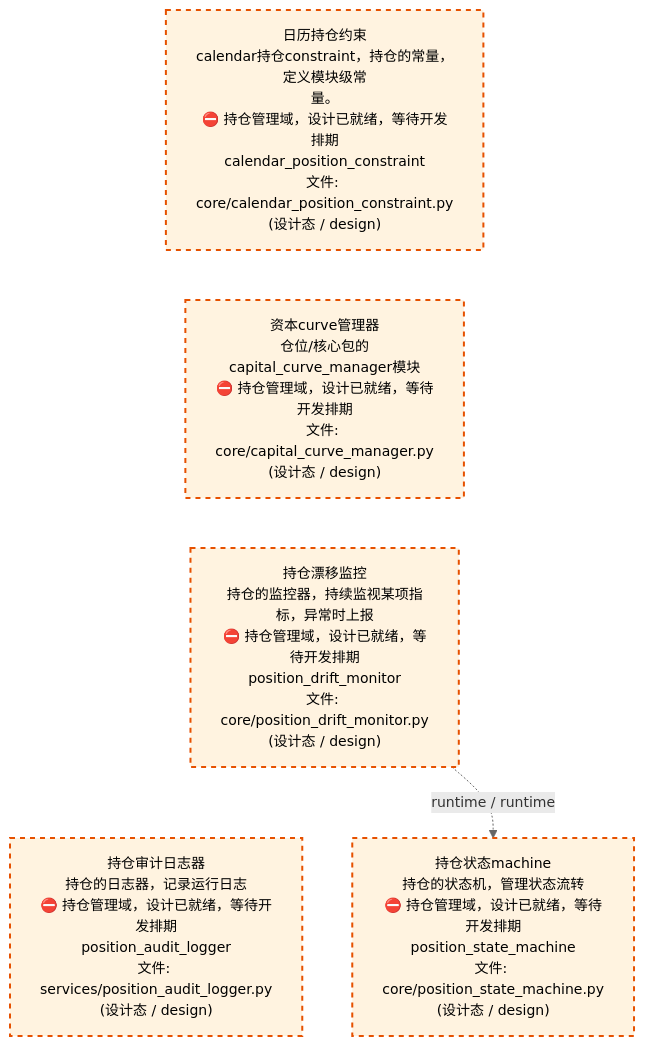
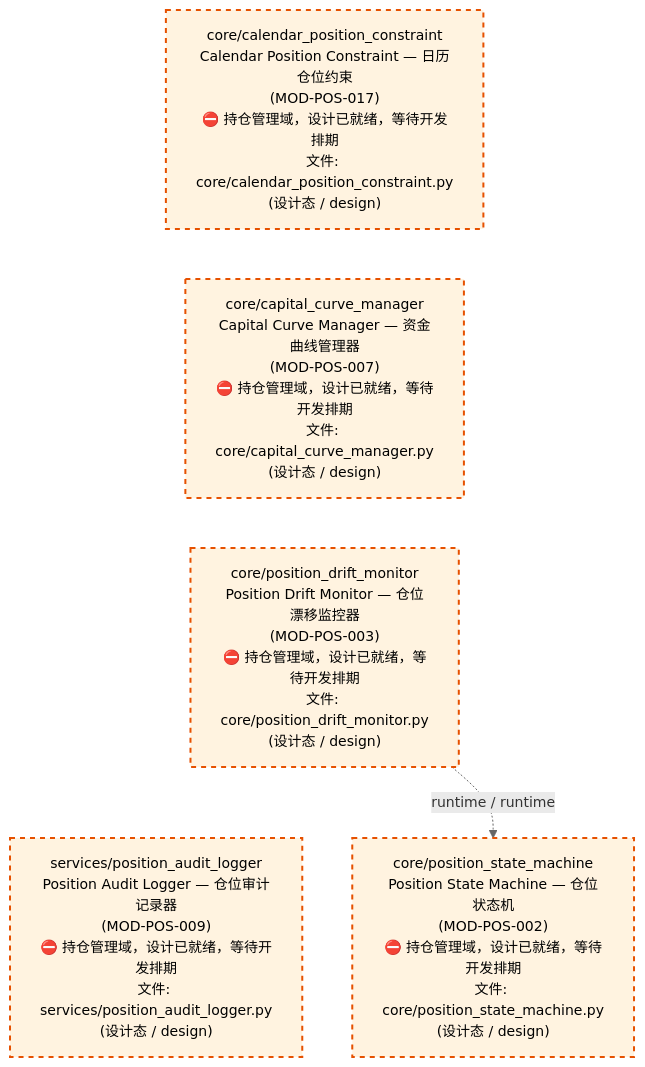
The third of 4 diagrams in docs/02_enterprise_architecture/02_domain_architecture_docs/64_d_position.md (xuanFelixVan/ZephyrAlpha), drawn with Mermaid before and after one commit. The commit also changed other lines of this file and 58 other files, not shown here.

````diff
--- a/docs/02_enterprise_architecture/02_domain_architecture_docs/64_d_position.md
+++ b/docs/02_enterprise_architecture/02_domain_architecture_docs/64_d_position.md
@@ -147,18 +147,18 @@
 ```mermaid
 %%{init: {'theme': 'base', 'themeVariables': {'primaryColor': '#eaeaea', 'primaryTextColor': '#333333', 'primaryBorderColor': '#666666', 'lineColor': '#666666', 'secondaryColor': '#eaeaea', 'tertiaryColor': '#eaeaea', 'fontSize': '14px'}}}%%
 flowchart TD
-    src_zephyr_position_core_calendar_position_constraint_py["日历持仓约束<br/>calendar持仓constraint，持仓的常量，定义模块级常<br/>量。<br/>⛔ 持仓管理域，设计已就绪，等待开发排期<br/>calendar_position_constraint<br/>文件: core/calendar_position_constraint.py<br/>(设计态 / design)"]
-    src_zephyr_position_core_capital_curve_manager_py["资本curve管理器<br/>仓位/核心包的capital_curve_manager模块<br/>⛔ 持仓管理域，设计已就绪，等待开发排期<br/>文件: core/capital_curve_manager.py<br/>(设计态 / design)"]
-    src_zephyr_position_core_position_drift_monitor_py["持仓漂移监控<br/>持仓的监控器，持续监视某项指标，异常时上报<br/>⛔ 持仓管理域，设计已就绪，等待开发排期<br/>position_drift_monitor<br/>文件: core/position_drift_monitor.py<br/>(设计态 / design)"]
-    src_zephyr_position_services_position_audit_logger_py["持仓审计日志器<br/>持仓的日志器，记录运行日志<br/>⛔ 持仓管理域，设计已就绪，等待开发排期<br/>position_audit_logger<br/>文件: services/position_audit_logger.py<br/>(设计态 / design)"]
+    src_zephyr_position_core_calendar_position_constraint_py["core/calendar_position_constraint<br/>Calendar Position Constraint — 日历仓位约束<br/>(MOD-POS-017)<br/>⛔ 持仓管理域，设计已就绪，等待开发排期<br/>文件: core/calendar_position_constraint.py<br/>(设计态 / design)"]
+    src_zephyr_position_core_capital_curve_manager_py["core/capital_curve_manager<br/>Capital Curve Manager — 资金曲线管理器<br/>(MOD-POS-007)<br/>⛔ 持仓管理域，设计已就绪，等待开发排期<br/>文件: core/capital_curve_manager.py<br/>(设计态 / design)"]
+    src_zephyr_position_core_position_drift_monitor_py["core/position_drift_monitor<br/>Position Drift Monitor — 仓位漂移监控器<br/>(MOD-POS-003)<br/>⛔ 持仓管理域，设计已就绪，等待开发排期<br/>文件: core/position_drift_monitor.py<br/>(设计态 / design)"]
+    src_zephyr_position_services_position_audit_logger_py["services/position_audit_logger<br/>Position Audit Logger — 仓位审计记录器<br/>(MOD-POS-009)<br/>⛔ 持仓管理域，设计已就绪，等待开发排期<br/>文件: services/position_audit_logger.py<br/>(设计态 / design)"]
     src_zephyr_position_core_calendar_position_constraint_py ~~~ src_zephyr_position_core_capital_curve_manager_py
     src_zephyr_position_core_capital_curve_manager_py ~~~ src_zephyr_position_core_position_drift_monitor_py
     src_zephyr_position_core_position_drift_monitor_py ~~~ src_zephyr_position_services_position_audit_logger_py
-    src_zephyr_position_core_position_state_machine_py["持仓状态machine<br/>持仓的状态机，管理状态流转<br/>⛔ 持仓管理域，设计已就绪，等待开发排期<br/>position_state_machine<br/>文件: core/position_state_machine.py<br/>(设计态 / design)"]
+    src_zephyr_position_core_position_state_machine_py["core/position_state_machine<br/>Position State Machine — 仓位状态机<br/>(MOD-POS-002)<br/>⛔ 持仓管理域，设计已就绪，等待开发排期<br/>文件: core/position_state_machine.py<br/>(设计态 / design)"]
     src_zephyr_position_core_position_drift_monitor_py -.->|runtime / runtime| src_zephyr_position_core_position_state_machine_py
     classDef production fill:#e1f5fe,stroke:#01579b,stroke-width:2px,color:#000
     classDef design fill:#fff3e0,stroke:#e65100,stroke-width:2px,color:#000,stroke-dasharray: 5 5
     classDef external_prod fill:#e8f4fd,stroke:#0277bd,stroke-width:1px,color:#000
     classDef external_design fill:#fff8e7,stroke:#ef6c00,stroke-width:1px,color:#000,stroke-dasharray: 5 5
     class src_zephyr_position_core_calendar_position_constraint_py,src_zephyr_position_core_capital_curve_manager_py,src_zephyr_position_core_position_drift_monitor_py,src_zephyr_position_core_position_state_machine_py,src_zephyr_position_services_position_audit_logger_py design
 ```
````
